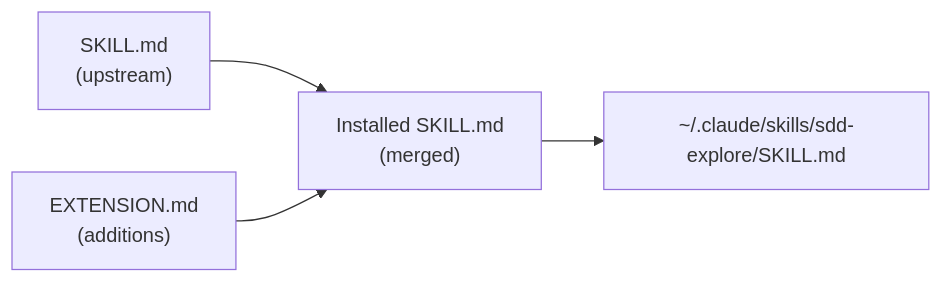
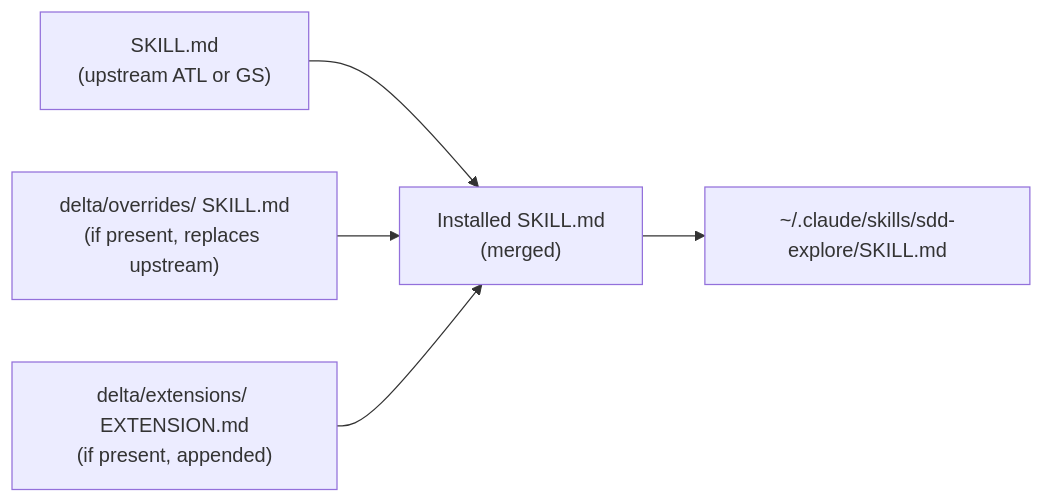
Before and after one commit to JNZader/javi-ai: the first of 2 diagrams in docs/extension-model.md, drawn with Mermaid. The commit also changed other lines of this file and 3 other files, not shown here.

Commit message:
docs: update documentation for 3-layer skill architecture

````diff
--- a/docs/extension-model.md
+++ b/docs/extension-model.md
@@ -17,6 +22,7 @@
 ```mermaid
 flowchart LR
-    A["SKILL.md<br/>(upstream)"] --> C["Installed SKILL.md<br/>(merged)"]
-    B["EXTENSION.md<br/>(additions)"] --> C
+    A["SKILL.md<br/>(upstream ATL or GS)"] --> C["Installed SKILL.md<br/>(merged)"]
+    O["delta/overrides/ SKILL.md<br/>(if present, replaces upstream)"] --> C
+    B["delta/extensions/ EXTENSION.md<br/>(if present, appended)"] --> C
     C --> D["~/.claude/skills/sdd-explore/SKILL.md"]
 ```
````
